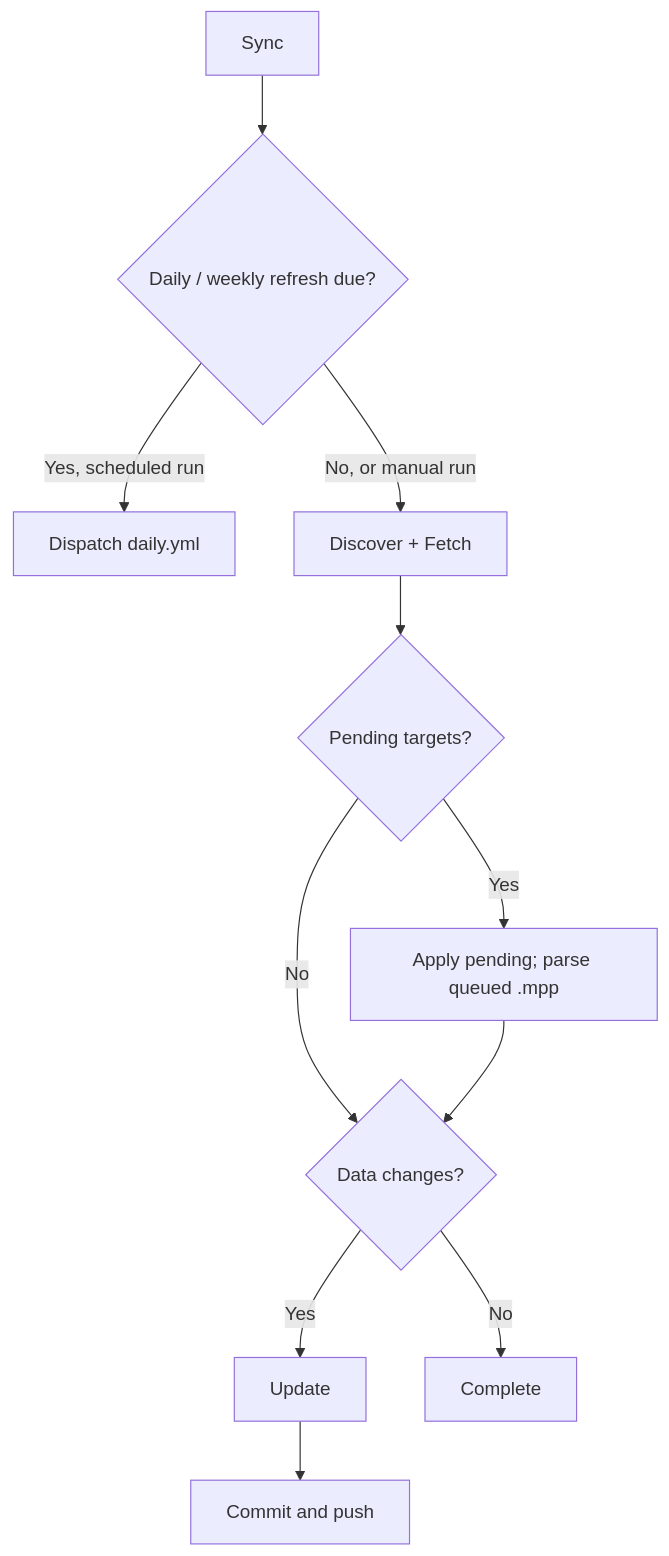
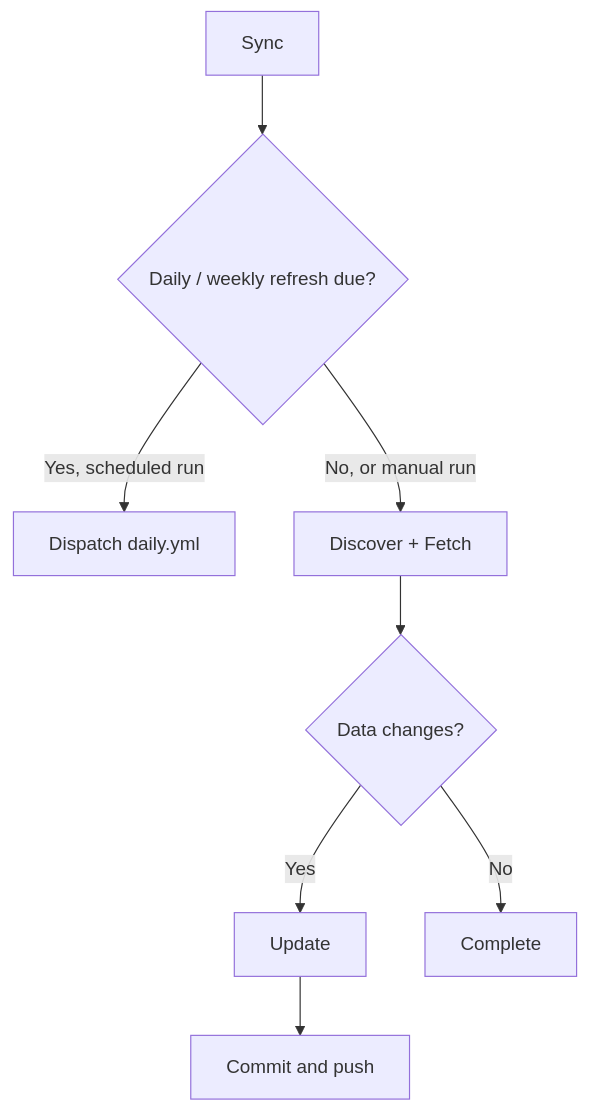
One commit to nvbangg/awesome-morphe changed the first of 3 diagrams in CONTRIBUTING.md. Above: the diagram before and after it, drawn with Mermaid. The commit also changed other lines of this file and 12 other files, not shown here.

````diff
--- a/CONTRIBUTING.md
+++ b/CONTRIBUTING.md
@@ -29,13 +29,10 @@
 ```mermaid
 flowchart TD
     A["Sync"] --> B{"Daily / weekly refresh due?"}
     B -->|Yes, scheduled run| C["Dispatch daily.yml"]
     B -->|No, or manual run| D["Discover + Fetch"]
-    D --> E{"Pending targets?"}
-    E -->|Yes| F["Apply pending; parse queued .mpp"]
-    E -->|No| G{"Data changes?"}
-    F --> G
-    G -->|Yes| H["Update"]
-    H --> I["Commit and push"]
-    G -->|No| J[Complete]
+    D --> E{"Data changes?"}
+    E -->|Yes| F["Update"]
+    F --> G["Commit and push"]
+    E -->|No| H[Complete]
 ```
````
